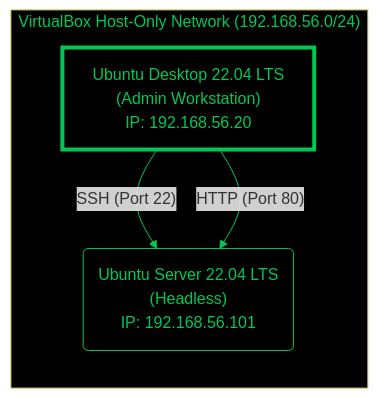
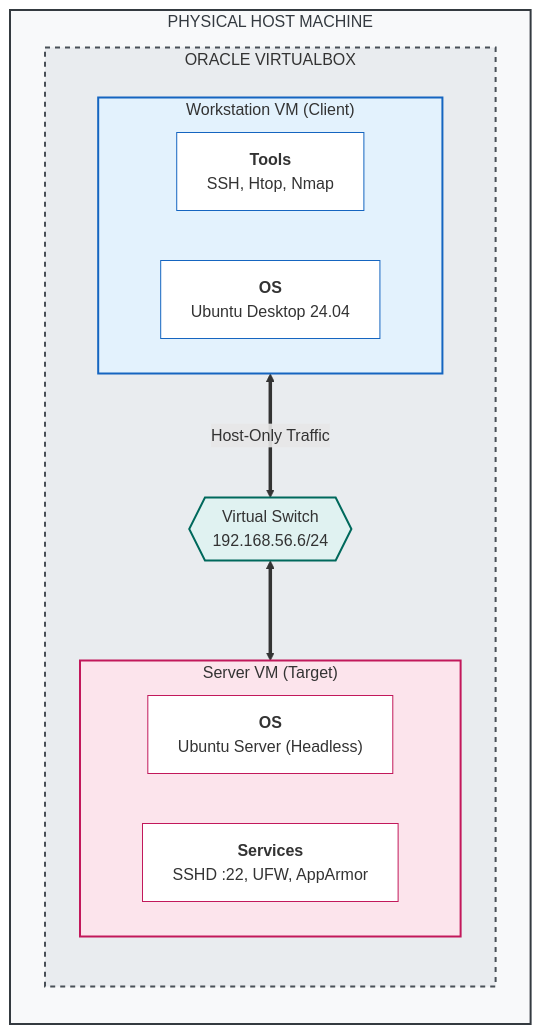
Before and after one commit to Z23599848/OS-coursework: the diagram in journal/week1.md, drawn with Mermaid.

Commit message:
Revise dual-system architecture diagram
Updated the architecture diagram to include detailed VM and network configurations.

````diff
--- a/journal/week1.md
+++ b/journal/week1.md
@@ -7,17 +7,45 @@
 ```mermaid
-flowchart LR
- subgraph subGraph0["VirtualBox Host-Only Network (192.168.56.0/24)"]
-        Server["Ubuntu Server 22.04 LTS\n(Headless)\nIP: 192.168.56.101"]
-        Workstation["Ubuntu Desktop 22.04 LTS\n(Admin Workstation)\nIP: 192.168.56.20"]
-  end
-    Workstation -- SSH (Port 22) --> Server
-    Workstation -- HTTP (Port 80) --> Server
+graph TD
+    subgraph PhysicalHost ["&nbsp;&nbsp; PHYSICAL HOST MACHINE &nbsp;&nbsp;"]
+        direction TB
+        
+        subgraph VirtualBox ["ORACLE VIRTUALBOX"]
+            direction TB
 
-    Server@{ shape: rounded}
-    Workstation@{ shape: rect}
-    style Server fill:#000000,color:#00C853,stroke:#00C853
-    style Workstation stroke-width:4px,stroke-dasharray: 0,stroke:#00C853,color:#00C853,fill:#000000
-    style subGraph0 fill:#000000,color:#00C853
-    linkStyle 0 stroke:#00C853,fill:none
-    linkStyle 1 stroke:#00C853,fill:none
+            %% Client VM
+            subgraph VM_Client ["Workstation VM (Client)"]
+                direction LR
+                Tools["<b>Tools</b><br/>SSH, Htop, Nmap"]
+                OS_Client["<b>OS</b><br/>Ubuntu Desktop 24.04"]
+            end
+
+            %% Network Layer
+            VSwitch{{"Virtual Switch<br/>192.168.56.6/24"}}
+
+            %% Server VM
+            subgraph VM_Server ["Server VM (Target)"]
+                direction LR
+                OS_Server["<b>OS</b><br/>Ubuntu Server (Headless)"]
+                Services["<b>Services</b><br/>SSHD :22, UFW, AppArmor"]
+            end
+
+            %% Traffic Flow
+            VM_Client <==>|"Host-Only Traffic"| VSwitch
+            VSwitch <==> VM_Server
+        end
+    end
+
+    %% Style Definitions
+    style PhysicalHost fill:#f8f9fa,stroke:#343a40,stroke-width:2px,color:#343a40
+    style VirtualBox fill:#e9ecef,stroke:#495057,stroke-width:2px,stroke-dasharray: 5 5
+    
+    style VM_Client fill:#e3f2fd,stroke:#1565c0,stroke-width:2px
+    style VM_Server fill:#fce4ec,stroke:#c2185b,stroke-width:2px
+    
+    style VSwitch fill:#e0f2f1,stroke:#00695c,stroke-width:2px
+    
+    style Tools fill:#fff,stroke:#1565c0
+    style OS_Client fill:#fff,stroke:#1565c0
+    style OS_Server fill:#fff,stroke:#c2185b
+    style Services fill:#fff,stroke:#c2185b
 ```
````
